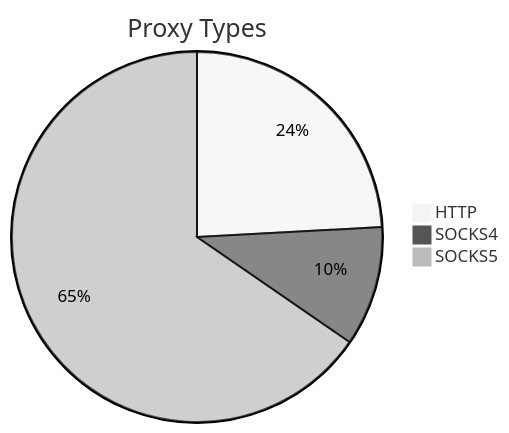
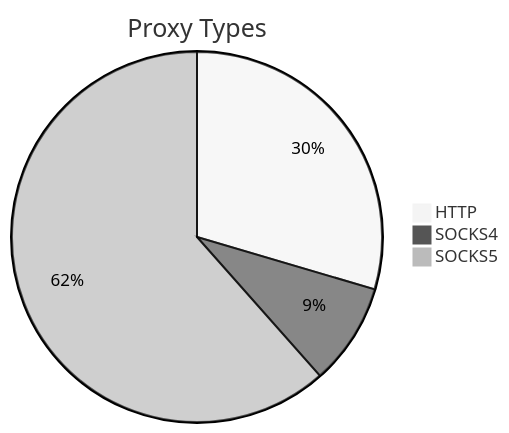
One commit to stormsia/proxy-list changed the first of 2 diagrams in README.md. Above: the diagram before and after it, drawn with Mermaid (neutral theme). The commit also changed other lines of this file, not shown here.

````diff
--- a/README.md
+++ b/README.md
@@ -21,6 +21,6 @@
 ```mermaid
 pie title Proxy Types
-    "HTTP" : 254
-    "SOCKS4" : 110
-    "SOCKS5" : 688
+    "HTTP" : 196
+    "SOCKS4" : 59
+    "SOCKS5" : 408
 ```
````
